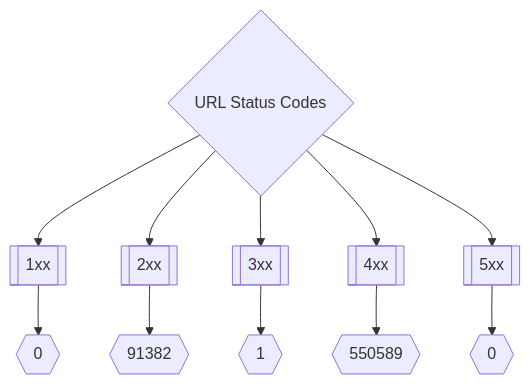
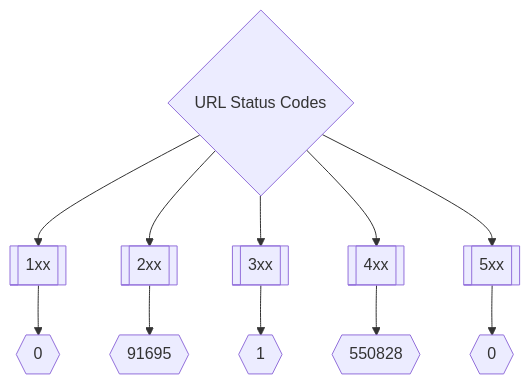
Before and after one commit to trickest/inventory: the second of 3 diagrams in README.md, drawn with Mermaid. The commit also changed other lines of this file, not shown here.

Commit message:
Update README.md Wed Jun 29 14:52:45 UTC 2022

````diff
--- a/README.md
+++ b/README.md
@@ -175,8 +175,8 @@
 ```mermaid
 graph TD
 title{URL Status Codes} --> 1xx[[1xx]] --> status1xxNum{{0}}
-title --> 2xx[[2xx]] --> status2xxNum{{91382}}
+title --> 2xx[[2xx]] --> status2xxNum{{91695}}
 title --> 3xx[[3xx]] --> status3xxNum{{1}}
-title --> 4xx[[4xx]] --> status4xxNum{{550589}}
+title --> 4xx[[4xx]] --> status4xxNum{{550828}}
 title --> 5xx[[5xx]] --> status5xxNum{{0}}
 ```
````
